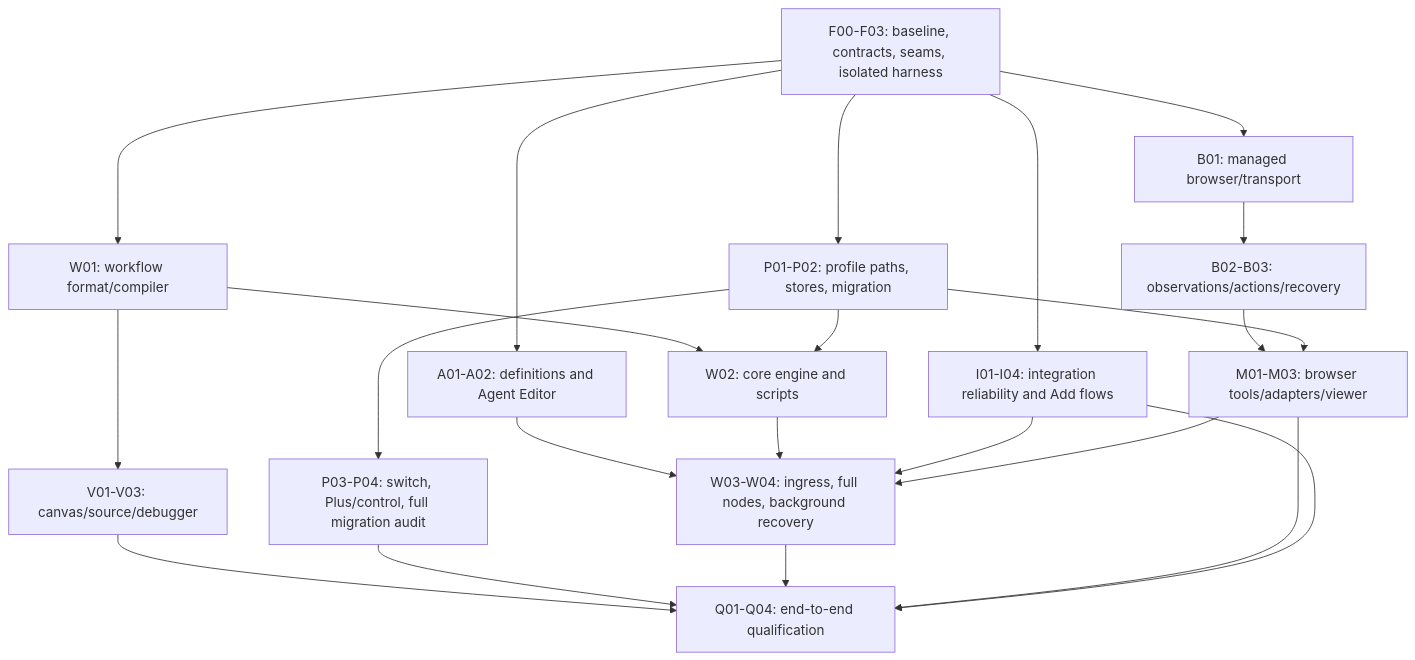
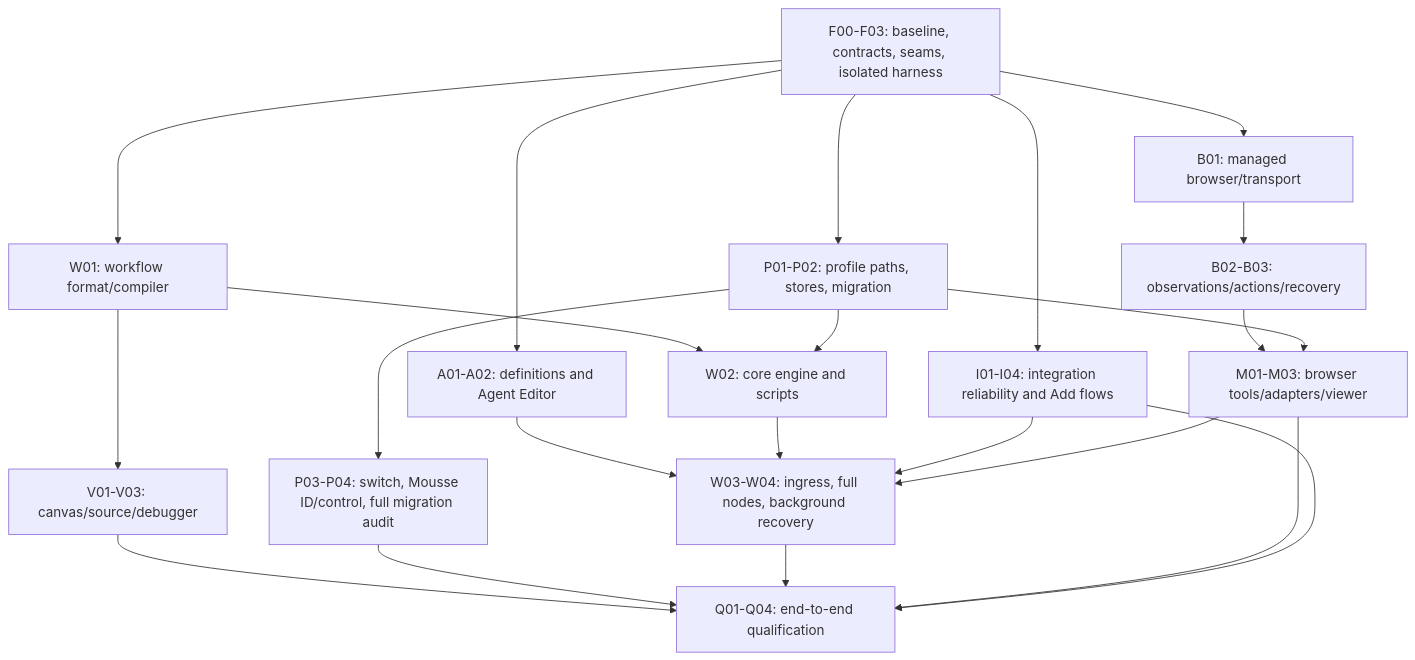
The diagram in docs/parallel-worktree-implementation-plan.md (mousse-agent/mousse), drawn with Mermaid before and after one commit. The commit also changed other lines of this file and 42 other files, not shown here.

```diff
--- a/docs/parallel-worktree-implementation-plan.md
+++ b/docs/parallel-worktree-implementation-plan.md
@@ -163,37 +163,37 @@
 ~~~mermaid
 flowchart TD
   F["F00-F03: baseline, contracts, seams, isolated harness"]
   P["P01-P02: profile paths, stores, migration"]
   A["A01-A02: definitions and Agent Editor"]
   W1["W01: workflow format/compiler"]
   W2["W02: core engine and scripts"]
   W3["W03-W04: ingress, full nodes, background recovery"]
   V["V01-V03: canvas/source/debugger"]
   I["I01-I04: integration reliability and Add flows"]
   B1["B01: managed browser/transport"]
   B2["B02-B03: observations/actions/recovery"]
   M["M01-M03: browser tools/adapters/viewer"]
-  P3["P03-P04: switch, Plus/control, full migration audit"]
+  P3["P03-P04: switch, Mousse ID/control, full migration audit"]
   Q["Q01-Q04: end-to-end qualification"]
   F --> P
   F --> A
   F --> W1
   F --> I
   F --> B1
   W1 --> W2
   W1 --> V
   P --> P3
   P --> W2
   A --> W3
   W2 --> W3
   I --> W3
   B1 --> B2
   B2 --> M
   P --> M
   M --> W3
   V --> Q
   P3 --> Q
   W3 --> Q
   M --> Q
   I --> Q
 ~~~
```
